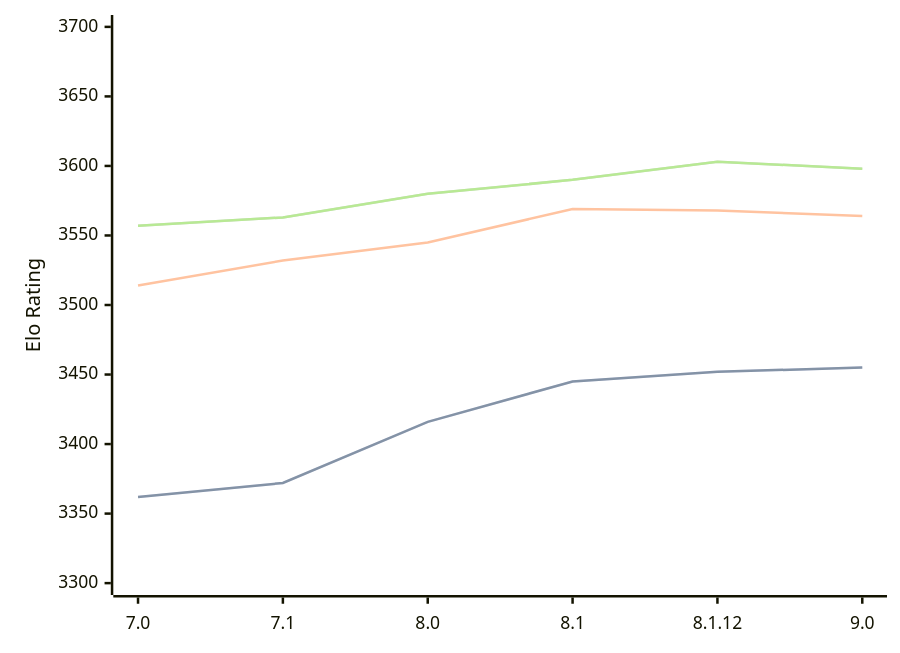
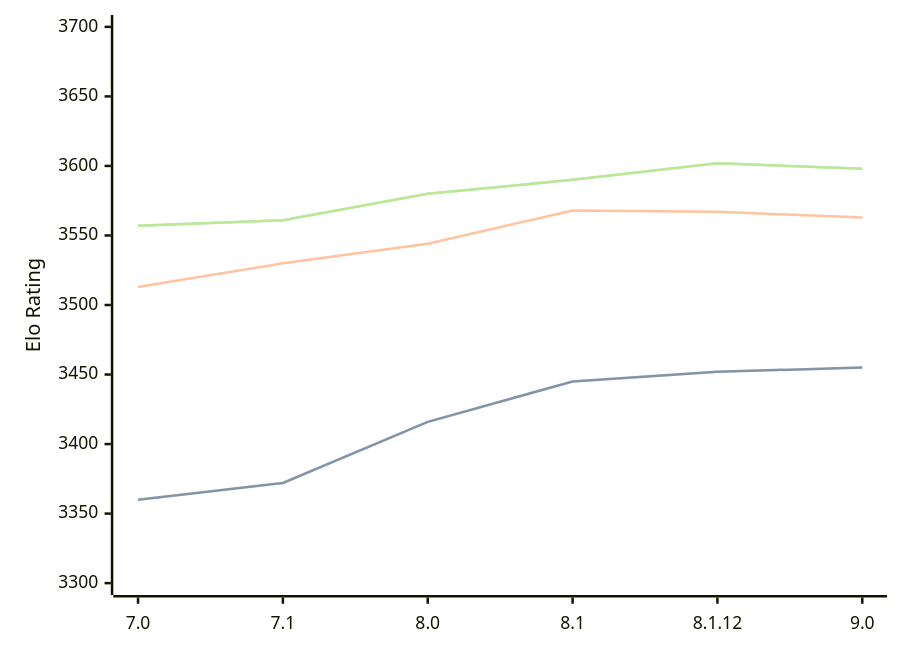
One commit to computer-chess-index/cci changed the diagram in engines/Alexandria.md. Above: the diagram before and after it, drawn with Mermaid. The commit also changed other lines of this file, not shown here.

Commit message:
Update CCI Ratings (ELO VLTC) - 2026-03-30

````diff
--- a/engines/Alexandria.md
+++ b/engines/Alexandria.md
@@ -55,11 +55,11 @@
 ```mermaid
 %%{init: {"theme":"base","themeVariables":{"seriesColors:['#a3a3a3','#222221','#faa371']}}}%%
 xychart-beta
   x-axis ["7.0", "7.1", "8.0", "8.1", "8.1.12", "9.0"]
   y-axis "Elo Rating" 3300 --> 3700
-  line "STC (8.0+0.08s)" [3362, 3372, 3416, 3445, 3452, 3455]
-  line "STC (8.0+0.08s)" [3362, 3372, 3416, 3445, 3452, 3455]
-  line "LTC (60.0+0.60s)" [3514, 3532, 3545, 3569, 3568, 3564]
-  line "VLTC (2m24s+1.12s)" [3557, 3563, 3580, 3590, 3603, 3598]
-  line "VLTC (2m24s+1.12s)" [3557, 3563, 3580, 3590, 3603, 3598]
+  line "STC (8.0+0.08s)" [3360, 3372, 3416, 3445, 3452, 3455]
+  line "STC (8.0+0.08s)" [3360, 3372, 3416, 3445, 3452, 3455]
+  line "LTC (60.0+0.60s)" [3513, 3530, 3544, 3568, 3567, 3563]
+  line "VLTC (2m24s+1.12s)" [3557, 3561, 3580, 3590, 3602, 3598]
+  line "VLTC (2m24s+1.12s)" [3557, 3561, 3580, 3590, 3602, 3598]
 ```
````
